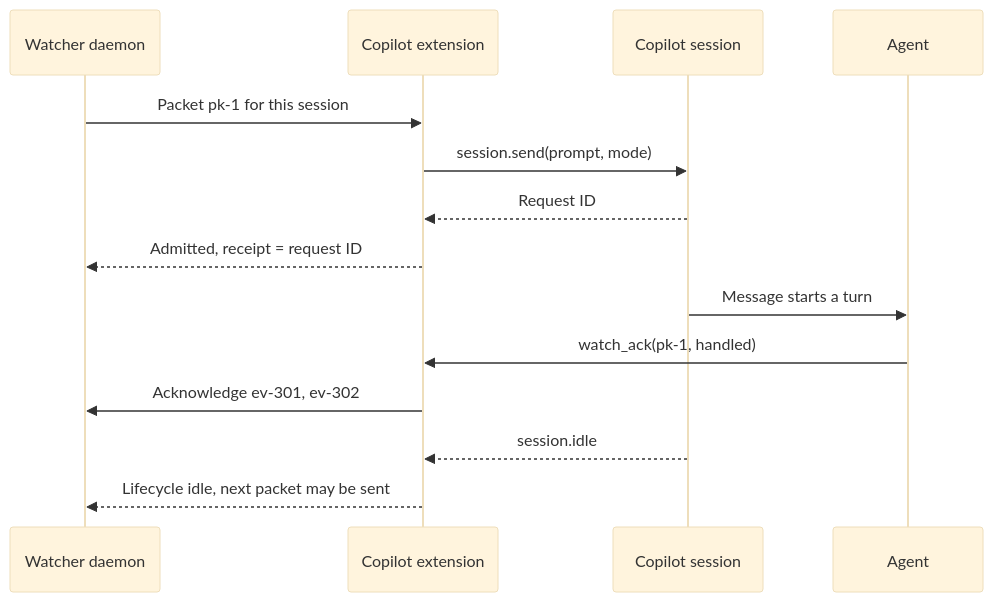
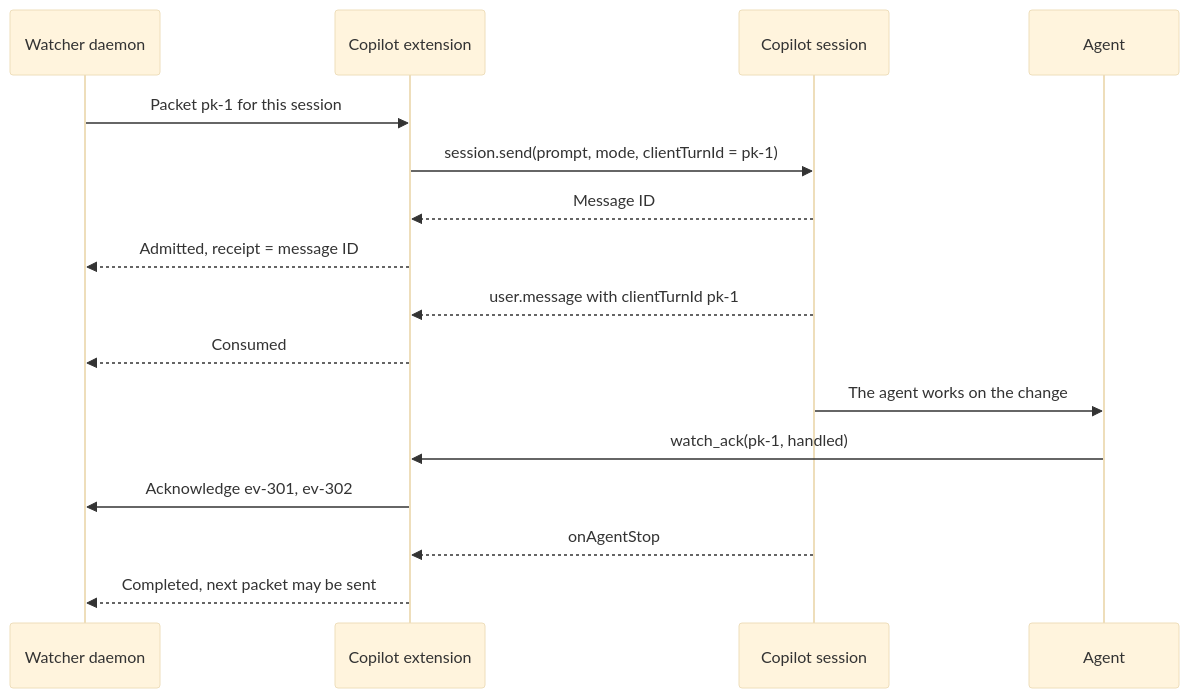
One commit to cschneider/session-source-watcher changed the second of 2 diagrams in docs/integrations/copilot.md. Above: the diagram before and after it, drawn with Mermaid (base theme). The commit also changed other lines of this file and 6 other files, not shown here.

````diff
--- a/docs/integrations/copilot.md
+++ b/docs/integrations/copilot.md
@@ -123,17 +129,19 @@
 ```mermaid
 sequenceDiagram
     participant D as Watcher daemon
     participant X as Copilot extension
     participant S as Copilot session
     participant M as Agent
 
     D->>X: Packet pk-1 for this session
-    X->>S: session.send(prompt, mode)
-    S-->>X: Request ID
-    X-->>D: Admitted, receipt = request ID
-    S->>M: Message starts a turn
+    X->>S: session.send(prompt, mode, clientTurnId = pk-1)
+    S-->>X: Message ID
+    X-->>D: Admitted, receipt = message ID
+    S-->>X: user.message with clientTurnId pk-1
+    X-->>D: Consumed
+    S->>M: The agent works on the change
     M->>X: watch_ack(pk-1, handled)
     X->>D: Acknowledge ev-301, ev-302
-    S-->>X: session.idle
-    X-->>D: Lifecycle idle, next packet may be sent
+    S-->>X: onAgentStop
+    X-->>D: Completed, next packet may be sent
 ```
````
